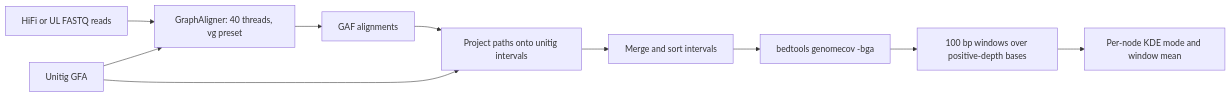
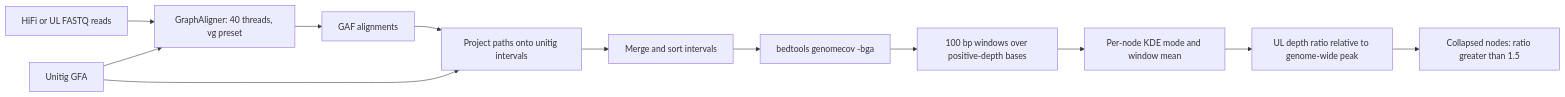
The diagram in docs/02-node-depth.md (socialhang/phasing), drawn with Mermaid before and after one commit. The commit also changed other lines of this file, not shown here.

Commit message:
Add UL-depth ratio classification and collapsed-node identification to step 2

````diff
--- a/docs/02-node-depth.md
+++ b/docs/02-node-depth.md
@@ -9,12 +9,14 @@
 ```mermaid
 flowchart LR
     A[HiFi or UL FASTQ reads] --> C[GraphAligner: 40 threads, vg preset]
     B[Unitig GFA] --> C
     C --> D[GAF alignments]
     D --> E[Project paths onto unitig intervals]
     B --> E
     E --> F[Merge and sort intervals]
     F --> G[bedtools genomecov -bga]
     G --> H[100 bp windows over positive-depth bases]
     H --> I[Per-node KDE mode and window mean]
+    I --> J[UL depth ratio relative to genome-wide peak]
+    J --> K[Collapsed nodes: ratio greater than 1.5]
 ```
````
